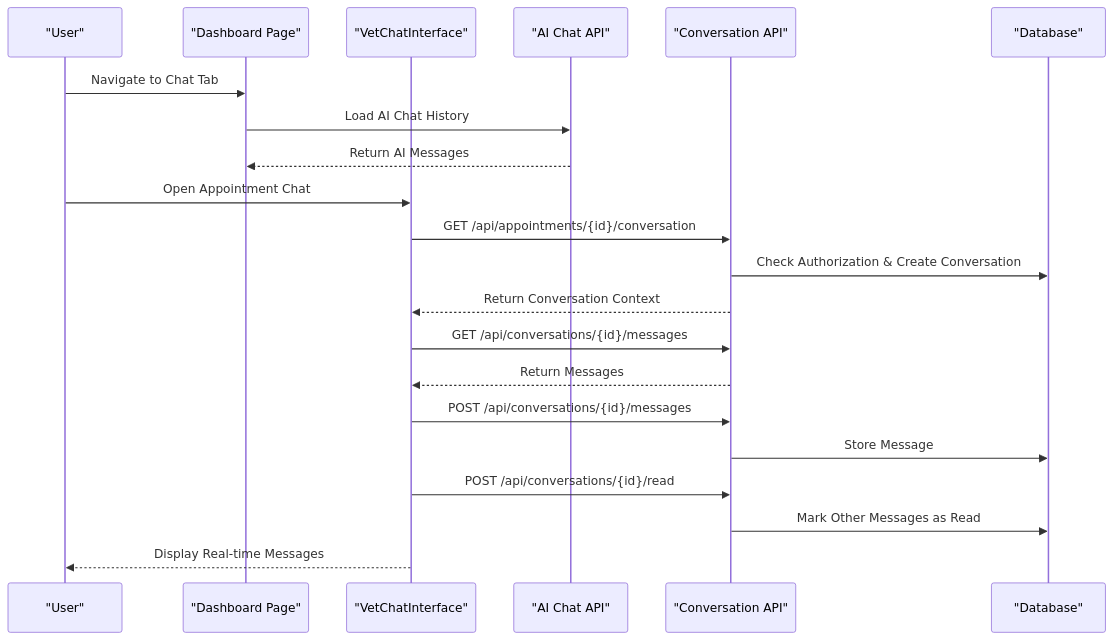
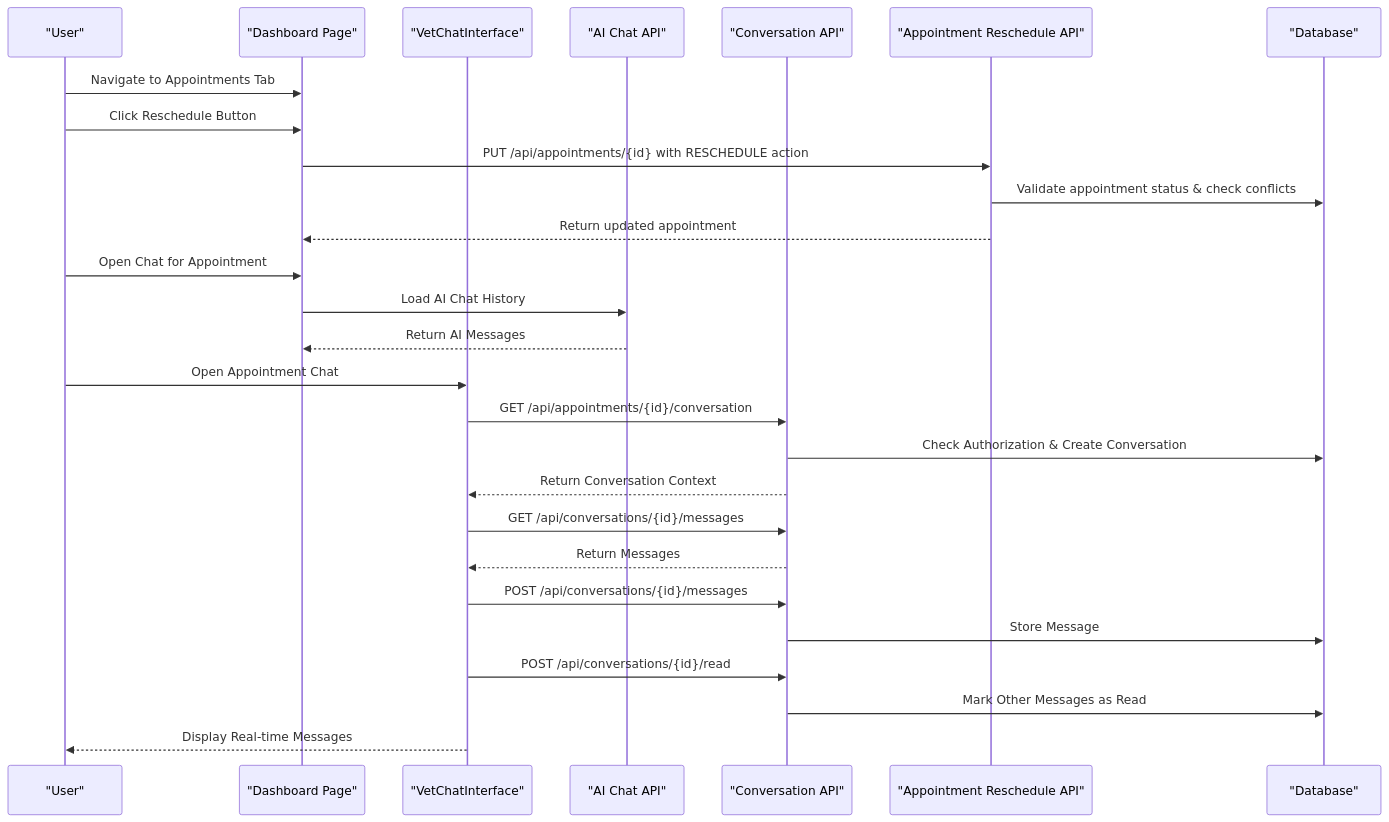
The second of 3 diagrams in .qoder/repowiki/en/content/User Dashboards/Pet Owner Dashboard.md (Javeria-Javaid/ai-powered-pet-healthcare-ecosystem), drawn with Mermaid before and after one commit. The commit also changed other lines of this file and 38 other files, not shown here.

Commit message:
Update appointment management API and dashboard features

````diff
--- a/.qoder/repowiki/en/content/User Dashboards/Pet Owner Dashboard.md
+++ b/.qoder/repowiki/en/content/User Dashboards/Pet Owner Dashboard.md
@@ -163,23 +169,29 @@
 ```mermaid
 sequenceDiagram
 participant U as "User"
 participant D as "Dashboard Page"
 participant VC as "VetChatInterface"
 participant AC as "AI Chat API"
 participant CC as "Conversation API"
+participant AR as "Appointment Reschedule API"
 participant DB as "Database"
-U->>D : Navigate to Chat Tab
+U->>D : Navigate to Appointments Tab
+U->>D : Click Reschedule Button
+D->>AR : PUT /api/appointments/{id} with RESCHEDULE action
+AR->>DB : Validate appointment status & check conflicts
+AR-->>D : Return updated appointment
+U->>D : Open Chat for Appointment
 D->>AC : Load AI Chat History
 AC-->>D : Return AI Messages
 U->>VC : Open Appointment Chat
 VC->>CC : GET /api/appointments/{id}/conversation
 CC->>DB : Check Authorization & Create Conversation
 CC-->>VC : Return Conversation Context
 VC->>CC : GET /api/conversations/{id}/messages
 CC-->>VC : Return Messages
 VC->>CC : POST /api/conversations/{id}/messages
 CC->>DB : Store Message
 VC->>CC : POST /api/conversations/{id}/read
 CC->>DB : Mark Other Messages as Read
 VC-->>U : Display Real-time Messages
 ```
````
